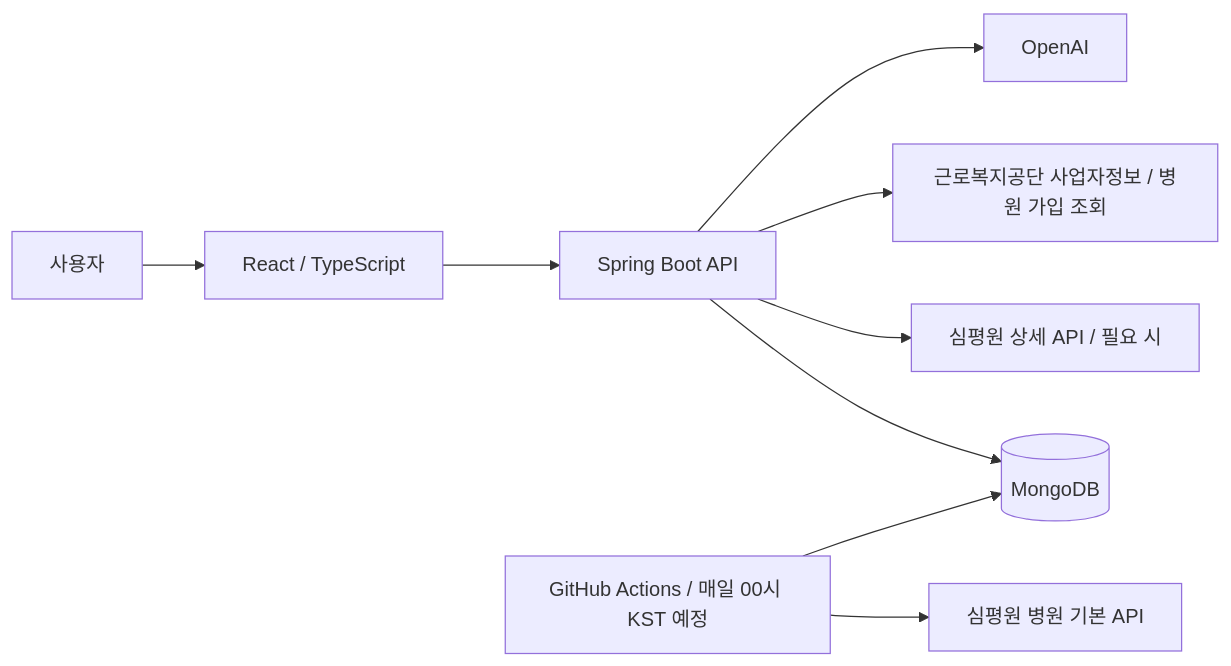
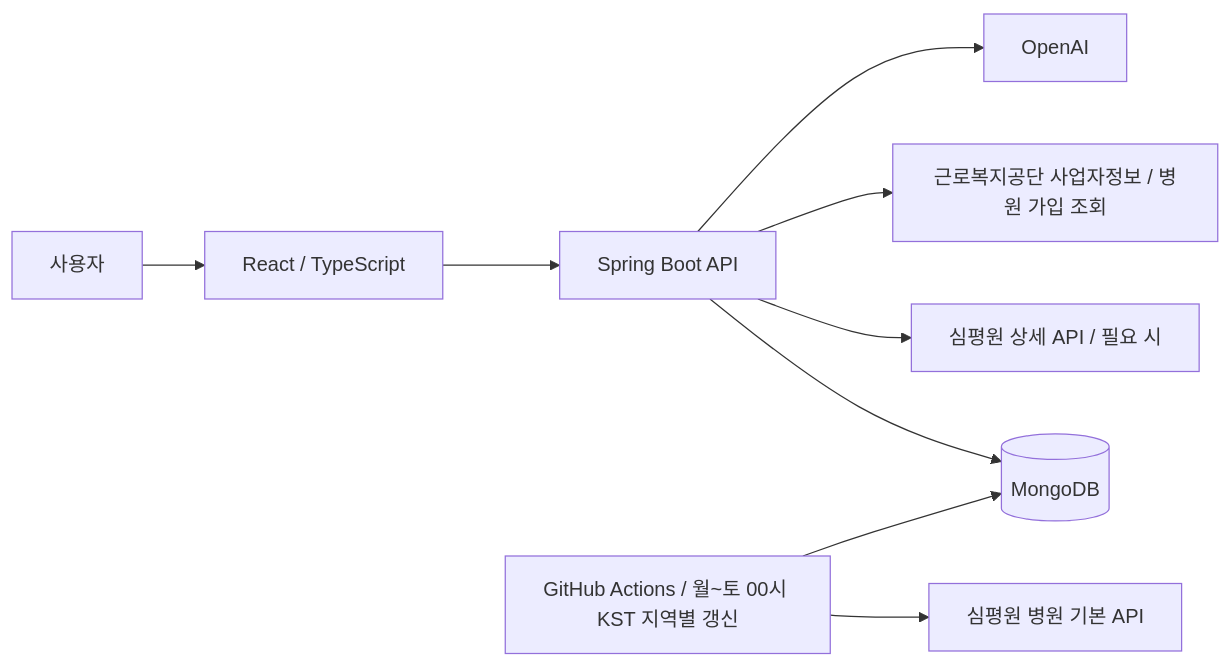
The diagram in README.md (DavidPark04/hospital-reservation), drawn with Mermaid before and after one commit. The commit also changed other lines of this file and 14 other files, not shown here.

````diff
--- a/README.md
+++ b/README.md
@@ -62,11 +75,11 @@
 ```mermaid
 flowchart LR
     User[사용자] --> FE[React / TypeScript]
     FE --> BE[Spring Boot API]
     BE --> DB[(MongoDB)]
     BE --> Detail[심평원 상세 API / 필요 시]
     BE --> Business[근로복지공단 사업자정보 / 병원 가입 조회]
-    Sync[GitHub Actions / 매일 00시 KST 예정] --> Basic[심평원 병원 기본 API]
+    Sync[GitHub Actions / 월~토 00시 KST 지역별 갱신] --> Basic[심평원 병원 기본 API]
     Sync --> DB
     BE --> AI[OpenAI]
 ```
````
